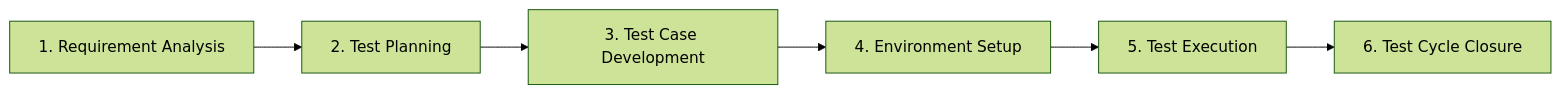
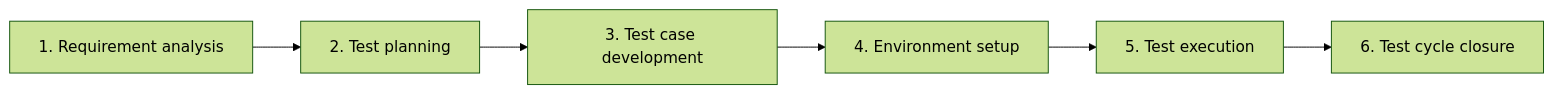
One commit to Ajay120503/ST_Notes changed the fourth of 12 diagrams in README.md. Above: the diagram before and after it, drawn with Mermaid (forest theme). The commit also changed other lines of this file, not shown here.

````diff
--- a/README.md
+++ b/README.md
@@ -145,8 +176,4 @@
 ```mermaid
 flowchart LR
-    A[1. Requirement Analysis] --> B[2. Test Planning]
-    B --> C[3. Test Case Development]
-    C --> D[4. Environment Setup]
-    D --> E[5. Test Execution]
-    E --> F[6. Test Cycle Closure]
+    A["1. Requirement analysis"] --> B["2. Test planning"] --> C["3. Test case development"] --> D["4. Environment setup"] --> E["5. Test execution"] --> F["6. Test cycle closure"]
 ```
````
